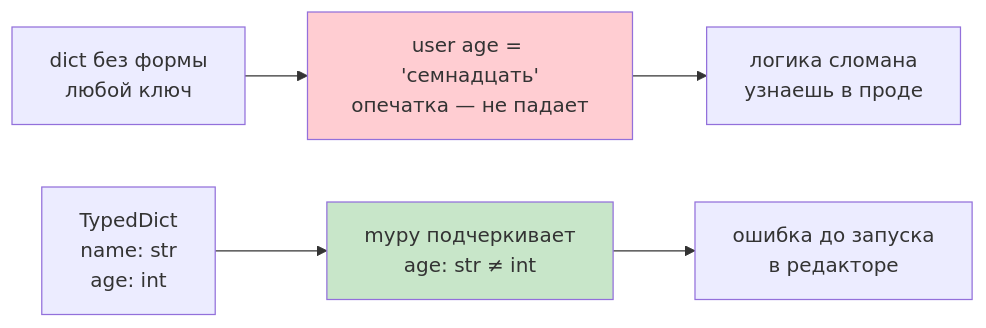
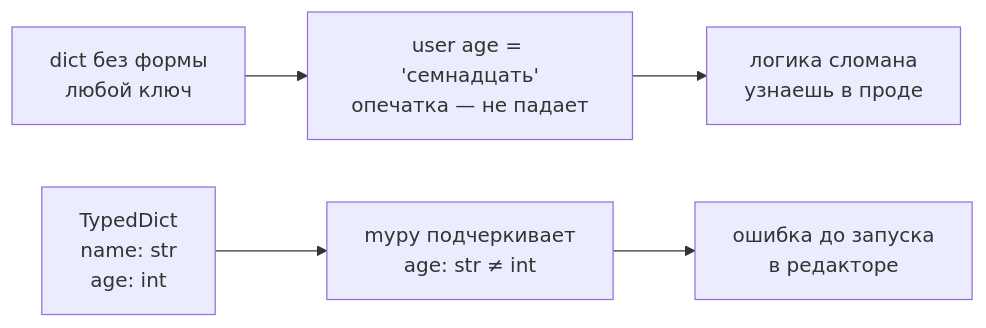
The first of 2 diagrams in 02_Курсы/01. Инженерные практики Python/01_Лекции/03. Словари с формой — TypedDict и современный синтаксис.md (JayStorm228/College), drawn with Mermaid before and after one commit. The commit also changed other lines of this file and 30 other files, not shown here.

First line of the commit message:
переименование NumPy лекций под академические заголовки + стандартные диаграммы

````diff
--- a/02_Курсы/01. Инженерные практики Python/01_Лекции/03. Словари с формой — TypedDict и современный синтаксис.md
+++ b/02_Курсы/01. Инженерные практики Python/01_Лекции/03. Словари с формой — TypedDict и современный синтаксис.md
@@ -28,9 +28,7 @@
 ```mermaid
 flowchart LR
   A[dict без формы<br>любой ключ] --> B[user age = 'семнадцать'<br>опечатка — не падает]
   B --> C[логика сломана<br>узнаешь в проде]
   D[TypedDict<br>name: str<br>age: int] --> E[mypy подчеркивает<br>age: str ≠ int]
   E --> F[ошибка до запуска<br>в редакторе]
-  style B fill:#ffcdd2
-  style E fill:#c8e6c9
 ```
````
